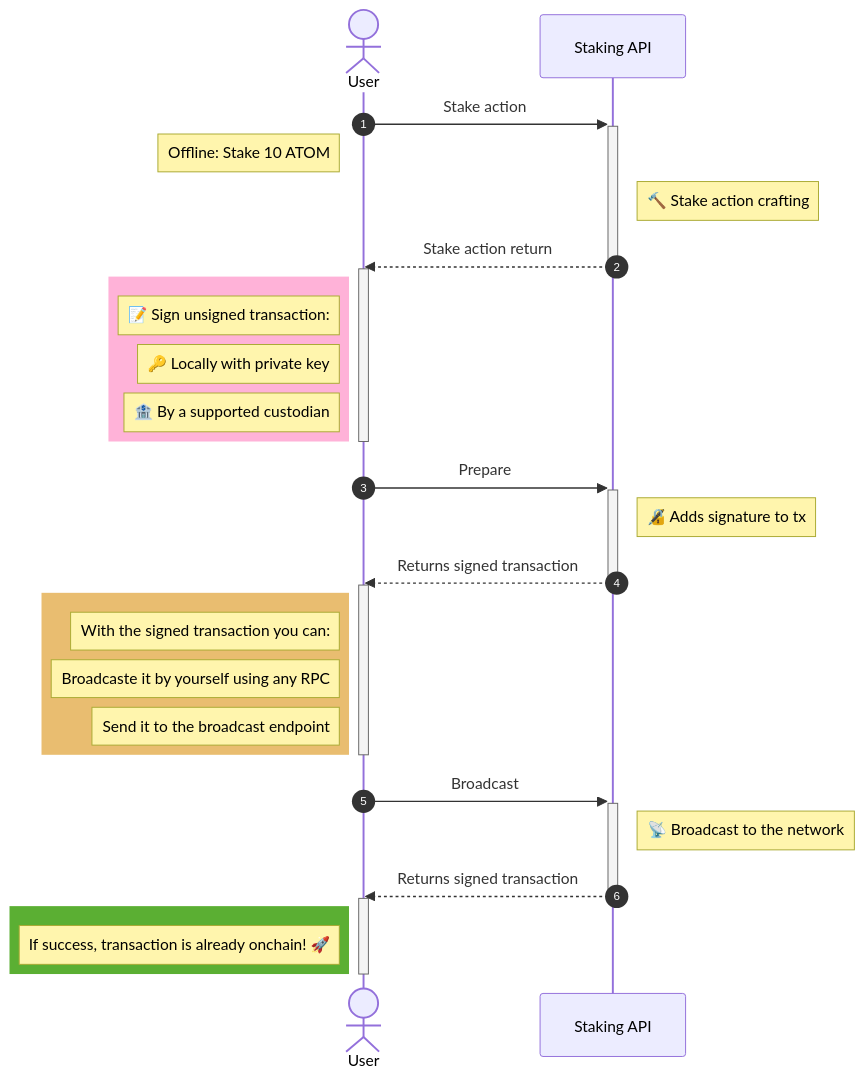
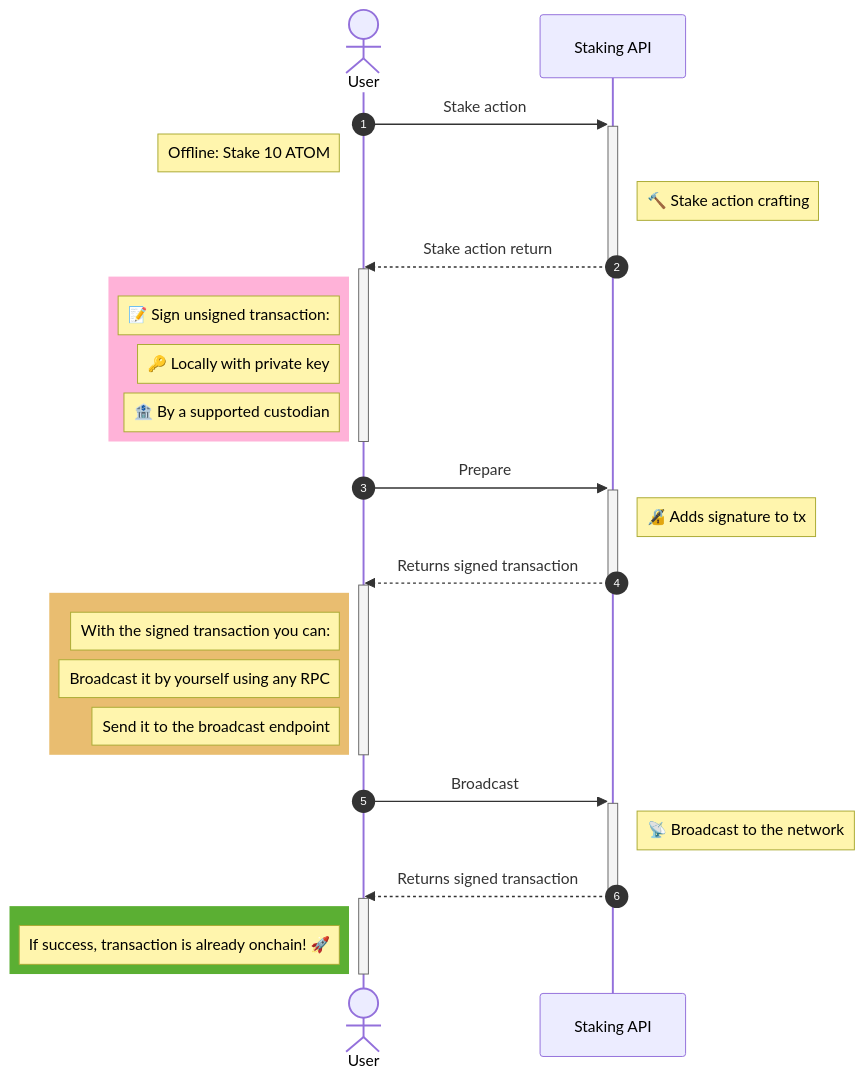
The diagram in docs/staking-api/cosmos/staking-api-flow.md (Stakely/stakely-docs), drawn with Mermaid before and after one commit. The commit also changed other lines of this file and 4 other files, not shown here.

````diff
--- a/docs/staking-api/cosmos/staking-api-flow.md
+++ b/docs/staking-api/cosmos/staking-api-flow.md
@@ -6,36 +6,36 @@
 ```mermaid
 sequenceDiagram
 autonumber
 actor User
 participant Staking API
 User->>+Staking API: Stake action
 Note left of User: Offline: Stake 10 ATOM
 Note right of Staking API: 🔨 Stake action crafting
 Staking API-->>-User: Stake action return
 activate User
 rect rgb(255,178,216)
 Note left of User: 📝 Sign unsigned transaction:
 Note left of User:  🔑 Locally with private key
 Note left of User:  🏦 By a supported custodian
 end
 deactivate User
 
 User->>+Staking API: Prepare
 Note right of Staking API: 🔏  Adds signature to tx
 Staking API-->>-User: Returns signed transaction
 activate User
 rect rgba(228, 173, 77, 0.8)
 Note left of User: With the signed transaction you can:
-Note left of User: Broadcaste it by yourself using any RPC
-Note left of User: Send it to the broadcast endpoint 
+Note left of User: Broadcast it by yourself using any RPC
+Note left of User: Send it to the broadcast endpoint
 end
 deactivate User
 User->>+Staking API: Broadcast
 Note right of Staking API: 📡  Broadcast to the network
 Staking API-->>-User: Returns signed transaction
 activate User
 rect rgba(50, 156, 0, 0.8)
 Note left of User:  If success, transaction is already onchain! 🚀
 end
 deactivate User
-``` 
+```
````
